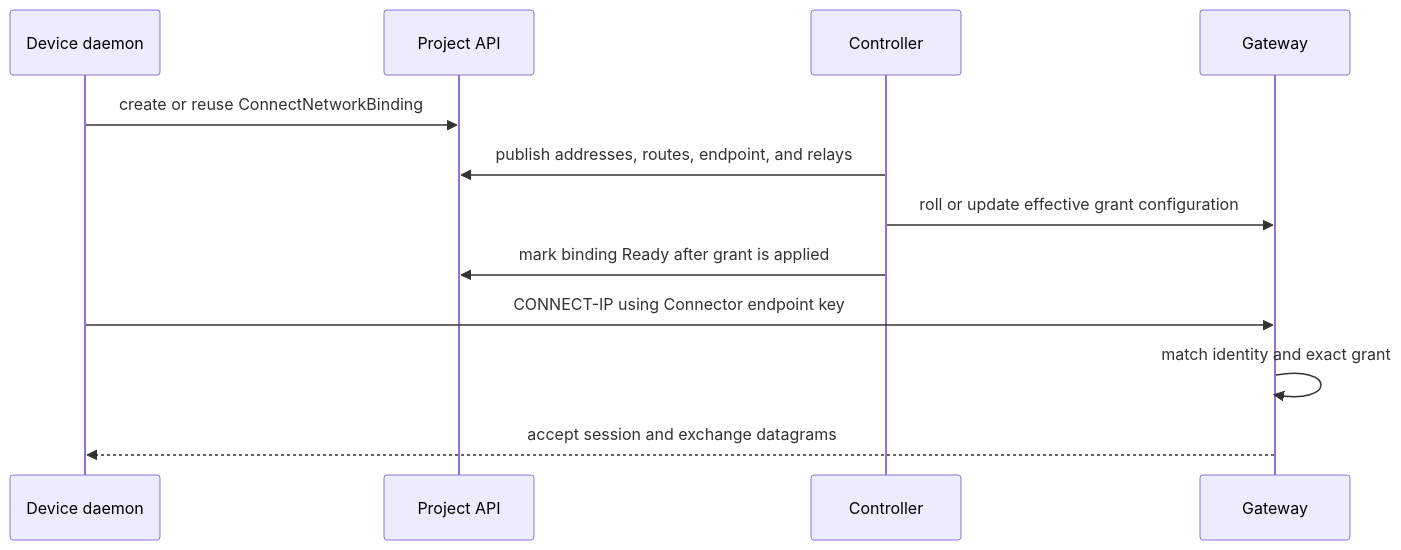
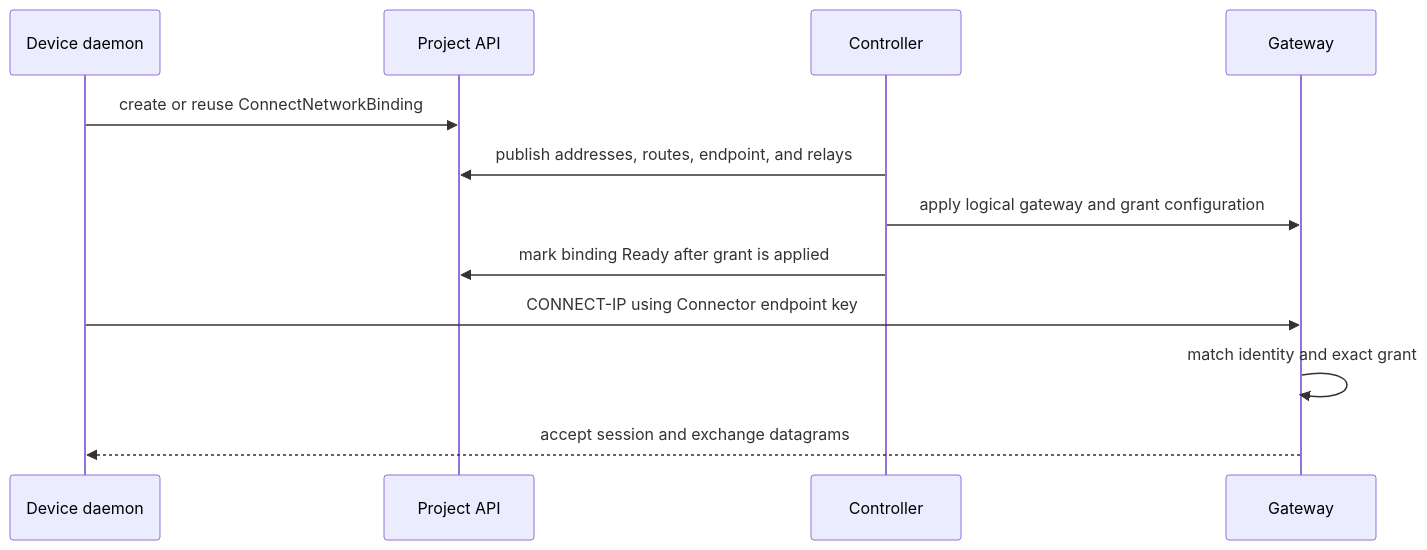
One commit to datum-cloud/connect changed the diagram in docs/components/gateway-architecture.md. Above: the diagram before and after it, drawn with Mermaid. The commit also changed other lines of this file and 14 other files, not shown here.

````diff
--- a/docs/components/gateway-architecture.md
+++ b/docs/components/gateway-architecture.md
@@ -52,15 +71,15 @@
 ```mermaid
 sequenceDiagram
     participant Client as Device daemon
     participant API as Project API
     participant Controller
     participant Gateway
 
     Client->>API: create or reuse ConnectNetworkBinding
     Controller->>API: publish addresses, routes, endpoint, and relays
-    Controller->>Gateway: roll or update effective grant configuration
+    Controller->>Gateway: apply logical gateway and grant configuration
     Controller->>API: mark binding Ready after grant is applied
     Client->>Gateway: CONNECT-IP using Connector endpoint key
     Gateway->>Gateway: match identity and exact grant
     Gateway-->>Client: accept session and exchange datagrams
 ```
````
